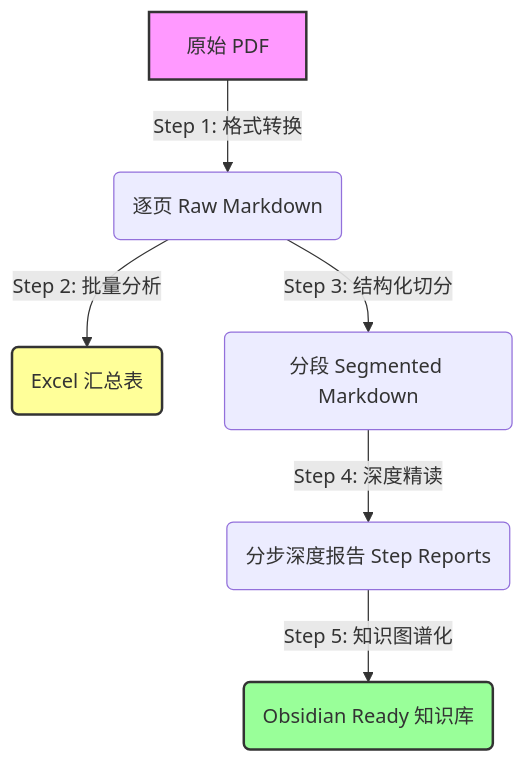
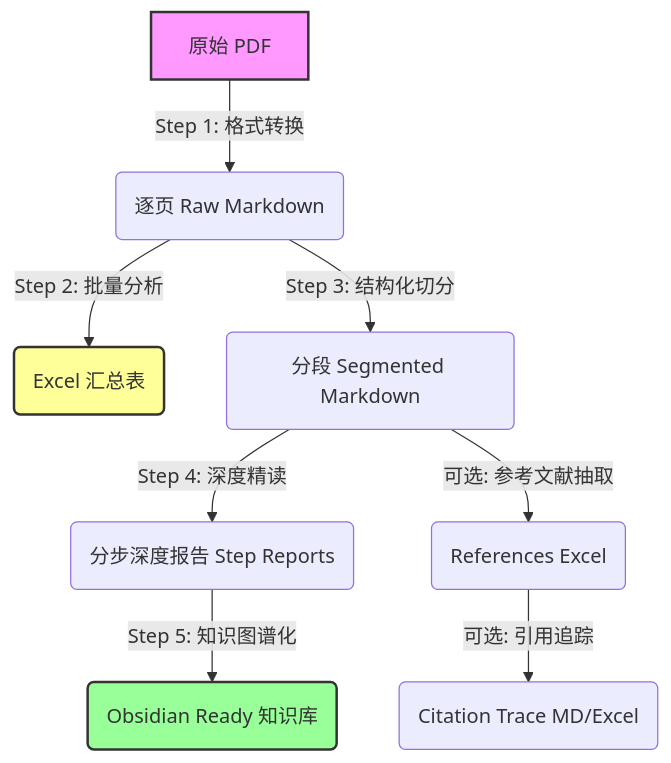
Before and after one commit to lxjthu/deep-reading-agent: the diagram in README.md, drawn with Mermaid. The commit also changed other lines of this file and 6 other files, not shown here.

````diff
--- a/README.md
+++ b/README.md
@@ -9,12 +9,14 @@
 ```mermaid
 graph TD
     A[原始 PDF] -->|Step 1: 格式转换| B(逐页 Raw Markdown)
     B -->|Step 2: 批量分析| F(Excel 汇总表)
     B -->|Step 3: 结构化切分| C(分段 Segmented Markdown)
     C -->|Step 4: 深度精读| D(分步深度报告 Step Reports)
     D -->|Step 5: 知识图谱化| E(Obsidian Ready 知识库)
+    C -->|可选: 参考文献抽取| R(References Excel)
+    R -->|可选: 引用追踪| T(Citation Trace MD/Excel)
 
     style A fill:#f9f,stroke:#333,stroke-width:2px
     style F fill:#ff9,stroke:#333,stroke-width:2px
     style E fill:#9f9,stroke:#333,stroke-width:2px
 ```
````
